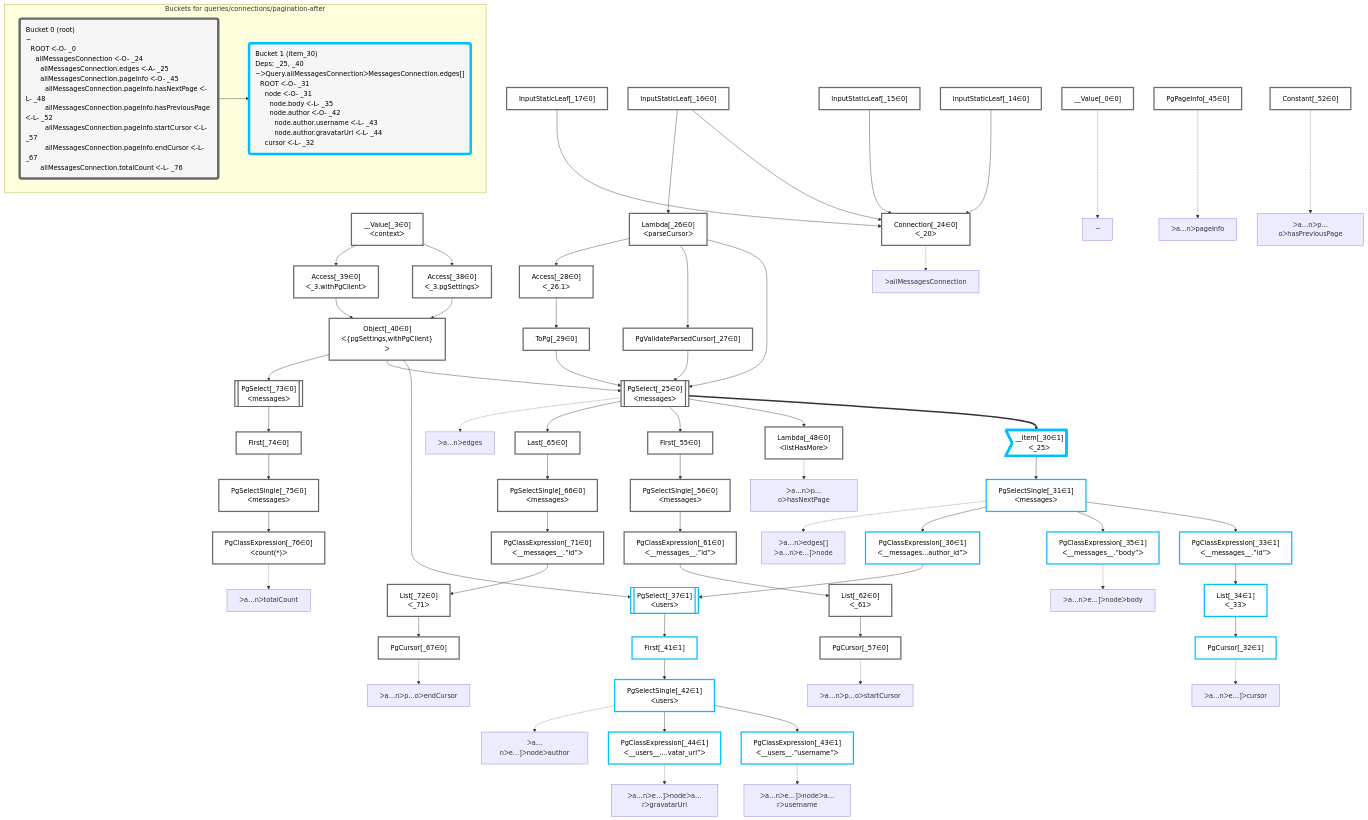
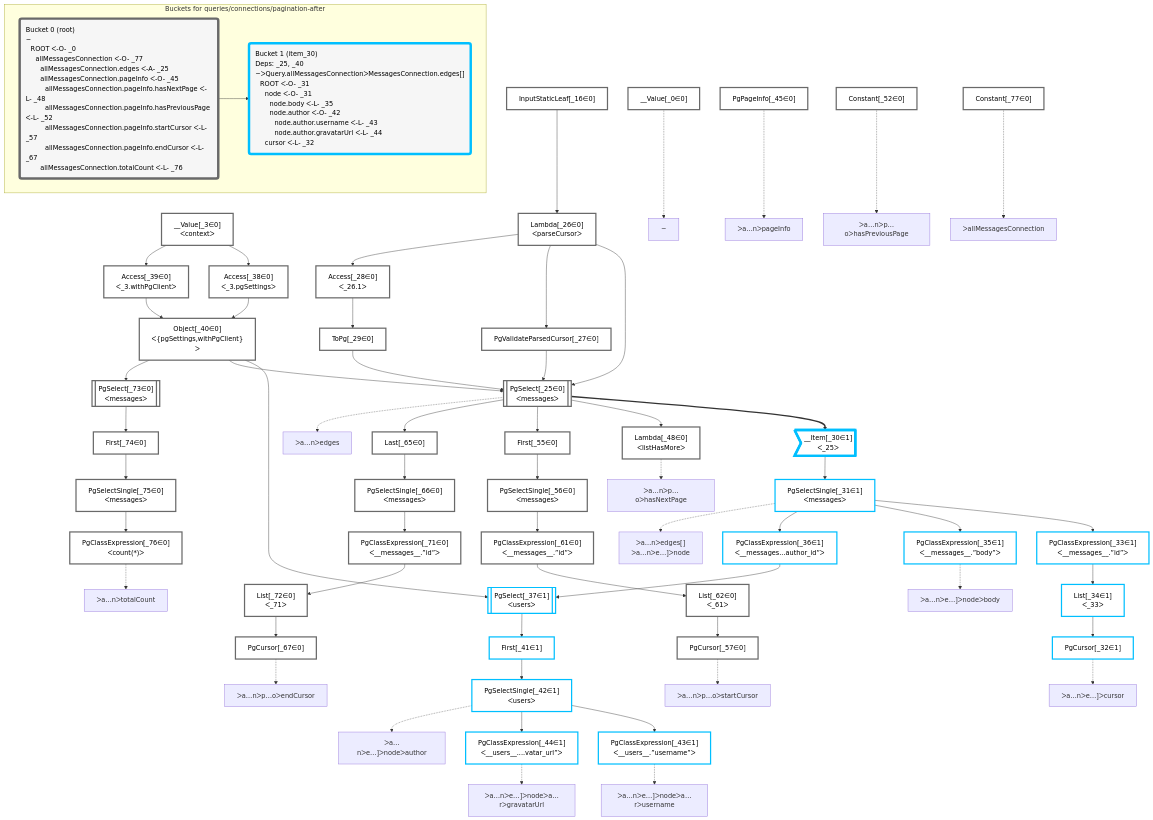
The diagram in packages/dataplan-pg/__tests__/queries/connections/pagination-after.deopt.mermaid.md (graphile/crystal), drawn with Mermaid before and after one commit. The commit also changed 57 other files, not shown here.

```diff
--- a/packages/dataplan-pg/__tests__/queries/connections/pagination-after.deopt.mermaid.md
+++ b/packages/dataplan-pg/__tests__/queries/connections/pagination-after.deopt.mermaid.md
@@ -41,15 +41,12 @@
     Access_38["Access[_38∈0]<br />ᐸ_3.pgSettingsᐳ"]:::plan
     Access_39["Access[_39∈0]<br />ᐸ_3.withPgClientᐳ"]:::plan
     __Value_3["__Value[_3∈0]<br />ᐸcontextᐳ"]:::plan
-    Connection_24["Connection[_24∈0]<br />ᐸ_20ᐳ"]:::plan
-    InputStaticLeaf_14["InputStaticLeaf[_14∈0]"]:::plan
-    InputStaticLeaf_15["InputStaticLeaf[_15∈0]"]:::plan
     PgValidateParsedCursor_27["PgValidateParsedCursor[_27∈0]"]:::plan
     ToPg_29["ToPg[_29∈0]"]:::plan
     Access_28["Access[_28∈0]<br />ᐸ_26.1ᐳ"]:::plan
     Lambda_26["Lambda[_26∈0]<br />ᐸparseCursorᐳ"]:::plan
     InputStaticLeaf_16["InputStaticLeaf[_16∈0]"]:::plan
-    InputStaticLeaf_17["InputStaticLeaf[_17∈0]"]:::plan
+    Constant_77["Constant[_77∈0]"]:::plan
     PgPageInfo_45["PgPageInfo[_45∈0]"]:::plan
     Constant_52["Constant[_52∈0]"]:::plan
 
@@ -85,7 +82,6 @@
     Access_38 & Access_39 --> Object_40
     __Value_3 --> Access_38
     __Value_3 --> Access_39
-    InputStaticLeaf_14 & InputStaticLeaf_15 & InputStaticLeaf_16 & InputStaticLeaf_17 --> Connection_24
     Lambda_26 --> PgValidateParsedCursor_27
     Access_28 --> ToPg_29
     Lambda_26 --> Access_28
@@ -94,8 +90,6 @@
     %% plan-to-path relationships
     P_0["~"]
     __Value_0 -.-> P_0
-    P_24["ᐳallMessagesConnection"]
-    Connection_24 -.-> P_24
     P_25["ᐳa…nᐳedges"]
     PgSelect_25 -.-> P_25
     P_31["ᐳa…nᐳedges[]<br />ᐳa…nᐳe…]ᐳnode"]
@@ -122,11 +116,13 @@
     PgCursor_67 -.-> P_67
     P_76["ᐳa…nᐳtotalCount"]
     PgClassExpression_76 -.-> P_76
+    P_77["ᐳallMessagesConnection"]
+    Constant_77 -.-> P_77
 
     subgraph "Buckets for queries/connections/pagination-after"
-    Bucket0("Bucket 0 (root)<br />~<br />⠀ROOT ᐸ-O- _0<br />⠀⠀allMessagesConnection ᐸ-O- _24<br />⠀⠀⠀allMessagesConnection.edges ᐸ-A- _25<br />⠀⠀⠀allMessagesConnection.pageInfo ᐸ-O- _45<br />⠀⠀⠀⠀allMessagesConnection.pageInfo.hasNextPage ᐸ-L- _48<br />⠀⠀⠀⠀allMessagesConnection.pageInfo.hasPreviousPage ᐸ-L- _52<br />⠀⠀⠀⠀allMessagesConnection.pageInfo.startCursor ᐸ-L- _57<br />⠀⠀⠀⠀allMessagesConnection.pageInfo.endCursor ᐸ-L- _67<br />⠀⠀⠀allMessagesConnection.totalCount ᐸ-L- _76"):::bucket
+    Bucket0("Bucket 0 (root)<br />~<br />⠀ROOT ᐸ-O- _0<br />⠀⠀allMessagesConnection ᐸ-O- _77<br />⠀⠀⠀allMessagesConnection.edges ᐸ-A- _25<br />⠀⠀⠀allMessagesConnection.pageInfo ᐸ-O- _45<br />⠀⠀⠀⠀allMessagesConnection.pageInfo.hasNextPage ᐸ-L- _48<br />⠀⠀⠀⠀allMessagesConnection.pageInfo.hasPreviousPage ᐸ-L- _52<br />⠀⠀⠀⠀allMessagesConnection.pageInfo.startCursor ᐸ-L- _57<br />⠀⠀⠀⠀allMessagesConnection.pageInfo.endCursor ᐸ-L- _67<br />⠀⠀⠀allMessagesConnection.totalCount ᐸ-L- _76"):::bucket
     classDef bucket0 stroke:#696969
-    class Bucket0,__Value_0,__Value_3,InputStaticLeaf_14,InputStaticLeaf_15,InputStaticLeaf_16,InputStaticLeaf_17,Connection_24,PgSelect_25,Lambda_26,PgValidateParsedCursor_27,Access_28,ToPg_29,Access_38,Access_39,Object_40,PgPageInfo_45,Lambda_48,Constant_52,First_55,PgSelectSingle_56,PgCursor_57,PgClassExpression_61,List_62,Last_65,PgSelectSingle_66,PgCursor_67,PgClassExpression_71,List_72,PgSelect_73,First_74,PgSelectSingle_75,PgClassExpression_76 bucket0
+    class Bucket0,__Value_0,__Value_3,InputStaticLeaf_16,PgSelect_25,Lambda_26,PgValidateParsedCursor_27,Access_28,ToPg_29,Access_38,Access_39,Object_40,PgPageInfo_45,Lambda_48,Constant_52,First_55,PgSelectSingle_56,PgCursor_57,PgClassExpression_61,List_62,Last_65,PgSelectSingle_66,PgCursor_67,PgClassExpression_71,List_72,PgSelect_73,First_74,PgSelectSingle_75,PgClassExpression_76,Constant_77 bucket0
     Bucket1("Bucket 1 (item_30)<br />Deps: _25, _40<br />~ᐳQuery.allMessagesConnectionᐳMessagesConnection.edges[]<br />⠀ROOT ᐸ-O- _31<br />⠀⠀node ᐸ-O- _31<br />⠀⠀⠀node.body ᐸ-L- _35<br />⠀⠀⠀node.author ᐸ-O- _42<br />⠀⠀⠀⠀node.author.username ᐸ-L- _43<br />⠀⠀⠀⠀node.author.gravatarUrl ᐸ-L- _44<br />⠀⠀cursor ᐸ-L- _32"):::bucket
     classDef bucket1 stroke:#00bfff
     class Bucket1,__Item_30,PgSelectSingle_31,PgCursor_32,PgClassExpression_33,List_34,PgClassExpression_35,PgClassExpression_36,PgSelect_37,First_41,PgSelectSingle_42,PgClassExpression_43,PgClassExpression_44 bucket1
```
